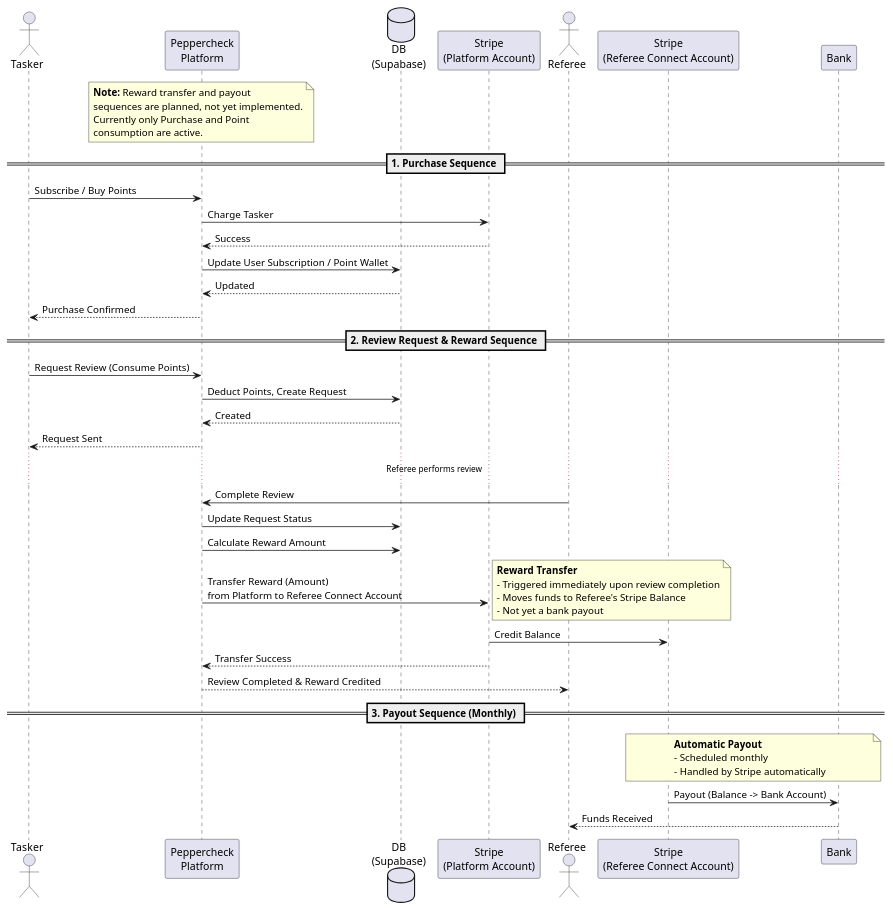
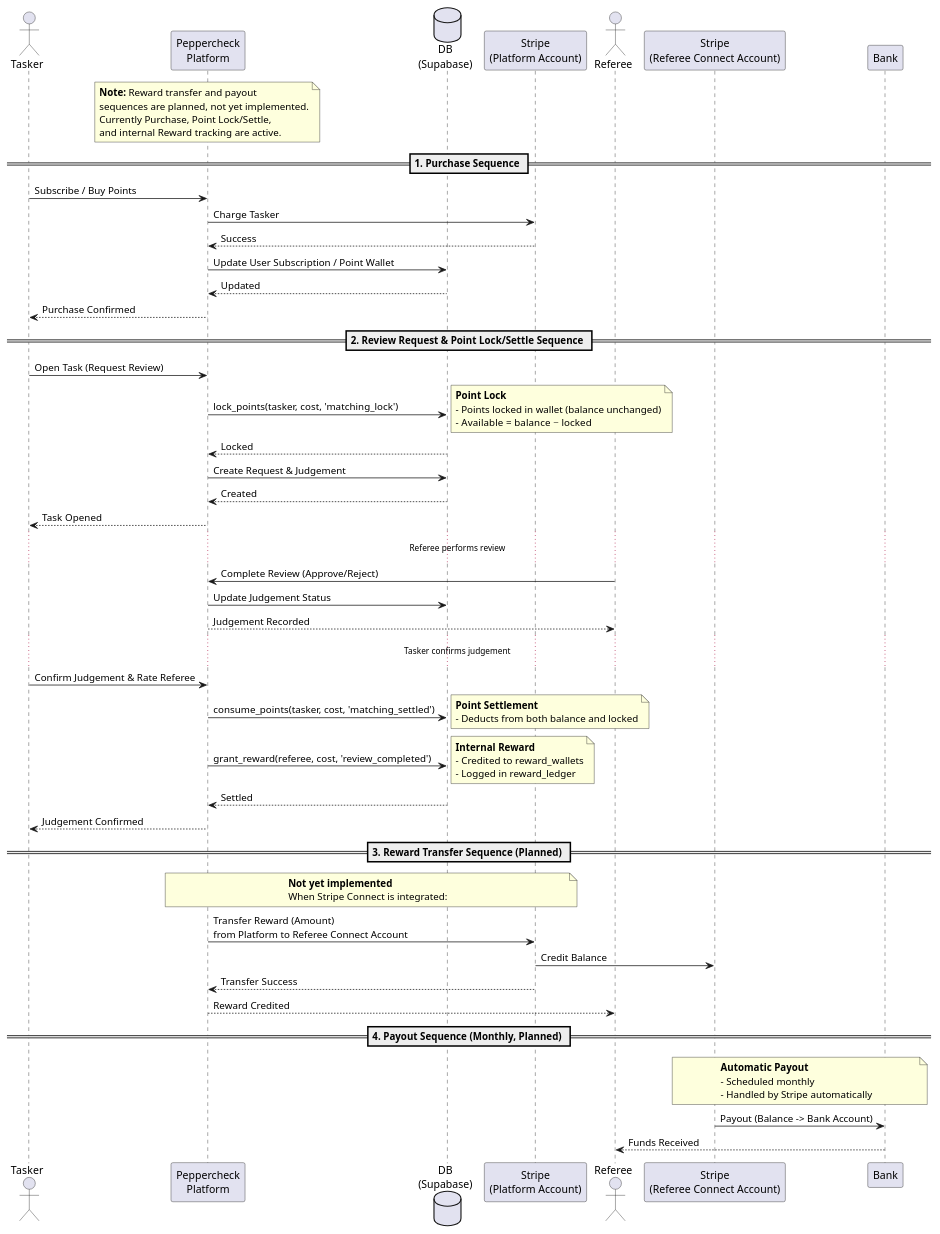
Before and after one commit to cloveclovedev/peppercheck: the diagram in developer-docs/modules/ROOT/examples/features/payment-and-reward/flow.pu, drawn with PlantUML. The commit also changed 1 other file, not shown here.

Commit message:
docs: add point lock/settle mechanism and reward system (#239)
* docs: add point lock/settle mechanism and reward system to payment-and-reward

Document the two-phase point model (lock → settle/unlock), reward_wallets/reward_ledger
tables, and update the PlantUML flow diagram to reflect the current implementation.

* docs: fix stale references to point consumption in overview and prerequisites

Update to reflect lock/settle terminology instead of direct consumption.

* docs: simplify payment-and-reward page structure

Remove redundant sections (Conceptual Roles, Key Design Principles) and
consolidate 7 planned Stripe Connect sections into a single concise section.

---------

```diff
--- a/developer-docs/modules/ROOT/examples/features/payment-and-reward/flow.pu
+++ b/developer-docs/modules/ROOT/examples/features/payment-and-reward/flow.pu
@@ -1,58 +1,82 @@
 @startuml
 skinparam boxPadding 10
 
 actor "Tasker" as Tasker
 participant "Peppercheck\nPlatform" as Platform
 database "DB\n(Supabase)" as DB
 participant "Stripe\n(Platform Account)" as Stripe
 actor "Referee" as Referee
 participant "Stripe\n(Referee Connect Account)" as RefereeStripe
 participant "Bank" as Bank
 
 note over Platform
   **Note:** Reward transfer and payout
   sequences are planned, not yet implemented.
-  Currently only Purchase and Point
-  consumption are active.
+  Currently Purchase, Point Lock/Settle,
+  and internal Reward tracking are active.
 end note
 
 == 1. Purchase Sequence ==
 Tasker -> Platform: Subscribe / Buy Points
 Platform -> Stripe: Charge Tasker
 Stripe --> Platform: Success
 Platform -> DB: Update User Subscription / Point Wallet
 DB --> Platform: Updated
 Platform --> Tasker: Purchase Confirmed
 
-== 2. Review Request & Reward Sequence ==
-Tasker -> Platform: Request Review (Consume Points)
-Platform -> DB: Deduct Points, Create Request
+== 2. Review Request & Point Lock/Settle Sequence ==
+Tasker -> Platform: Open Task (Request Review)
+Platform -> DB: lock_points(tasker, cost, 'matching_lock')
+note right
+  **Point Lock**
+  - Points locked in wallet (balance unchanged)
+  - Available = balance − locked
+end note
+DB --> Platform: Locked
+Platform -> DB: Create Request & Judgement
 DB --> Platform: Created
-Platform --> Tasker: Request Sent
+Platform --> Tasker: Task Opened
 
 ... Referee performs review ...
 
-Referee -> Platform: Complete Review
-Platform -> DB: Update Request Status
-Platform -> DB: Calculate Reward Amount
+Referee -> Platform: Complete Review (Approve/Reject)
+Platform -> DB: Update Judgement Status
+Platform --> Referee: Judgement Recorded
+
+... Tasker confirms judgement ...
+
+Tasker -> Platform: Confirm Judgement & Rate Referee
+Platform -> DB: consume_points(tasker, cost, 'matching_settled')
+note right
+  **Point Settlement**
+  - Deducts from both balance and locked
+end note
+Platform -> DB: grant_reward(referee, cost, 'review_completed')
+note right
+  **Internal Reward**
+  - Credited to reward_wallets
+  - Logged in reward_ledger
+end note
+DB --> Platform: Settled
+Platform --> Tasker: Judgement Confirmed
+
+== 3. Reward Transfer Sequence (Planned) ==
+note over Platform, Stripe
+  **Not yet implemented**
+  When Stripe Connect is integrated:
+end note
 Platform -> Stripe: Transfer Reward (Amount)\nfrom Platform to Referee Connect Account
-note right
-  **Reward Transfer**
-  - Triggered immediately upon review completion
-  - Moves funds to Referee's Stripe Balance
-  - Not yet a bank payout
-end note
 Stripe -> RefereeStripe: Credit Balance
 Stripe --> Platform: Transfer Success
-Platform --> Referee: Review Completed & Reward Credited
+Platform --> Referee: Reward Credited
 
-== 3. Payout Sequence (Monthly) ==
+== 4. Payout Sequence (Monthly, Planned) ==
 note over RefereeStripe, Bank
   **Automatic Payout**
   - Scheduled monthly
   - Handled by Stripe automatically
 end note
 RefereeStripe -> Bank: Payout (Balance -> Bank Account)
 Bank --> Referee: Funds Received
 
 @enduml
```
